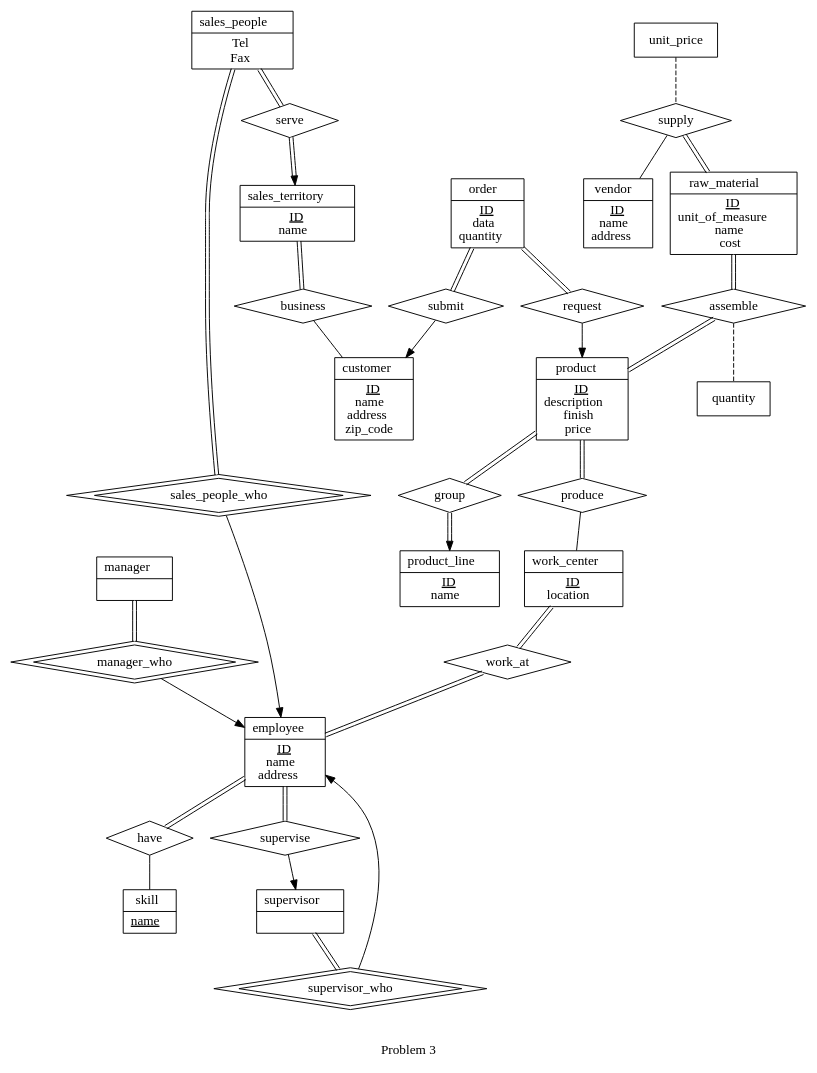
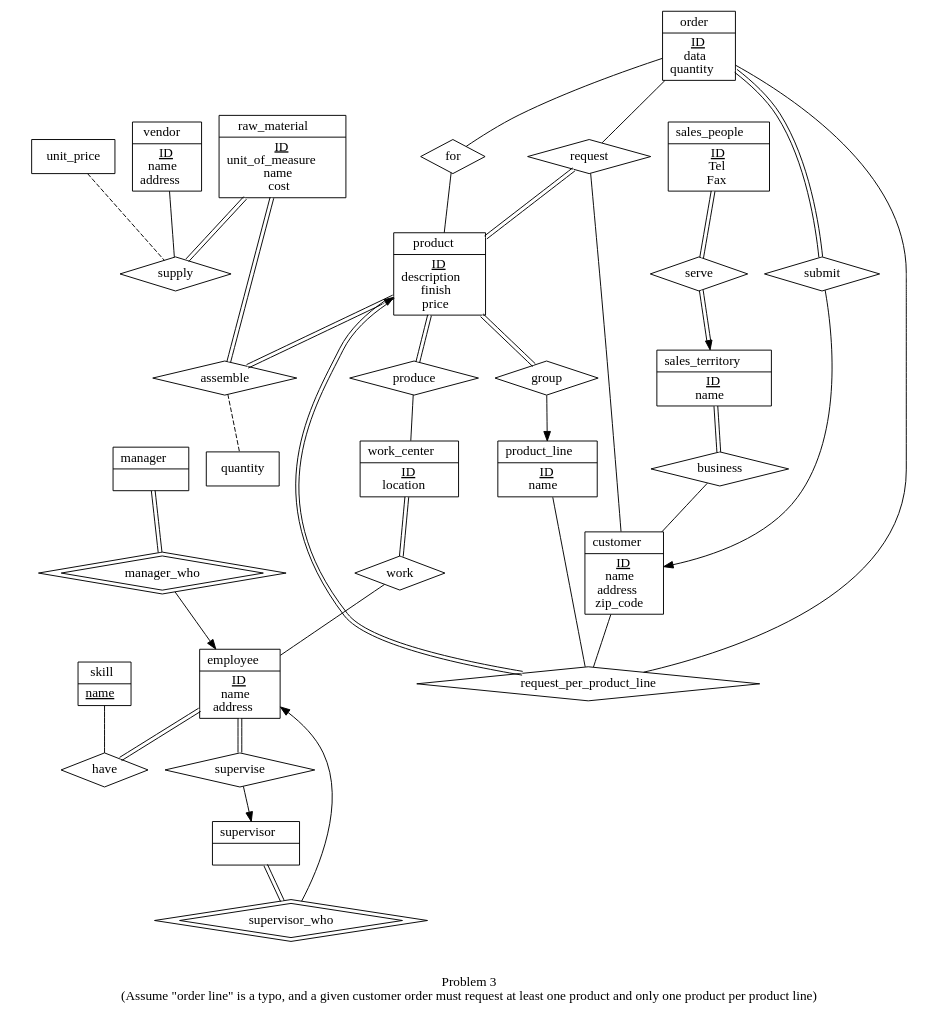
The diagram in hw2/3.dot (t-k-/CIS-637), drawn with Graphviz before and after one commit. The commit also changed 7 other files, not shown here.

```diff
--- a/hw2/3.dot
+++ b/hw2/3.dot
@@ -1,99 +1,107 @@
 graph {
-    label="\n\n Problem 3"
+    label="\n\n Problem 3\n (Assume \"order line\" is a typo, and a given customer order must request at least one product and only one product per product line)"
  
 	{ node[shape="record"]
 	raw_material 
 	[label=<{raw_material|<u>ID</u><br/>unit_of_measure<br/>name<br/>cost<br/>}>]
 	vendor 
 	[label=<{vendor|<u>ID</u><br/>name<br/>address<br/>}>]
 	sales_territory  
 	[label=<{sales_territory|<u>ID</u><br/>name<br/>}>]
 	sales_people 
-	[label=<{sales_people|Tel<br/>Fax<br/>}>]
+	[label=<{sales_people|<u>ID</u><br/>Tel<br/>Fax<br/>}>]
 	product 
 	[label=<{product|<u>ID</u><br/>description<br/>finish<br/>price<br/>}>]
 	customer  
 	[label=<{customer|<u>ID</u><br/>name<br/>address<br/>zip_code<br/>}>]
 	product_line  
 	[label=<{product_line|<u>ID</u><br/>name<br/>}>]
 	order  
 	[label=<{order|<u>ID</u><br/>data<br/>quantity<br/>}>]
 	work_center  
 	[label=<{work_center|<u>ID</u><br/>location<br/>}>]
 	employee  
 	[label=<{employee|<u>ID</u><br/>name<br/>address<br/>}>]
 	manager  
 	[label=<{manager|}>]
 	supervisor  
 	[label=<{supervisor|}>]
 	skill  
 	[label=<{skill|<u>name</u>}>]
 	}
     { node[shape="diamond"]
 	supply
 	serve
 	business
 	assemble
 	produce
 	group
 	request
+	request_per_product_line
+	for
 	submit
-	work_at
+	work
 	have	
 	supervise
 	}
     { node[shape="diamond", peripheries=2]
-	is_0 [label="manager_who"]
-	is_1 [label="supervisor_who"]
-	is_2 [label="sales_people_who"]
+	manager_who
+	supervisor_who
 	}
     { node[shape="box"]
 	unit_price
 	quantity
 	}
  
 	{ edge[dir=none]
-	supply -- vendor
+	order -- for
+	for -- product
+	order -- request
+	request -- customer
+	order -- request_per_product_line
+	customer -- request_per_product_line
+	product_line -- request_per_product_line
+	vendor -- supply
+	work -- employee	
+	skill -- have
+	produce -- work_center
 	business -- customer
-	produce -- work_center
-	have -- skill
 	}
 	{ edge[dir=forward]
-	request -- product
-	is_0 -- employee
-	is_1 -- employee
-	is_2 -- employee
+	submit -- customer
+	group -- product_line
 	supervise -- supervisor
-	submit -- customer 
+	supervisor_who -- employee
+	manager_who -- employee
 	}
 	{ edge[dir=forward, color="black:white:black"]
+	request_per_product_line -- product
 	serve -- sales_territory
-	group -- product_line
 	}
 	{ edge[color="black:white:black"]
-	supply -- raw_material
-	raw_material -- assemble
-	assemble -- product
 	sales_people -- serve
 	sales_territory -- business
+	order -- submit
+	request -- product
+	product -- group
 	product -- produce
-	product -- group 
-	order -- request
-	order -- submit
-	work_center -- work_at
-	work_at -- employee
-	manager -- is_0
-	supervisor -- is_1
-	sales_people -- is_2
+	work_center -- work
+	supervisor -- supervisor_who
+	employee -- supervise
 	employee -- have
-	employee -- supervise
+	manager -- manager_who
+	product -- assemble
+	assemble -- raw_material
+	raw_material -- supply
 	}
 	{ edge[style="dashed"]
 	unit_price -- supply
 	assemble -- quantity
 	}
 	{ edge[]
 	}
 	{ edge[style=invis]
+	product_line -- customer
+	supply -- assemble
 	}
 }
```
